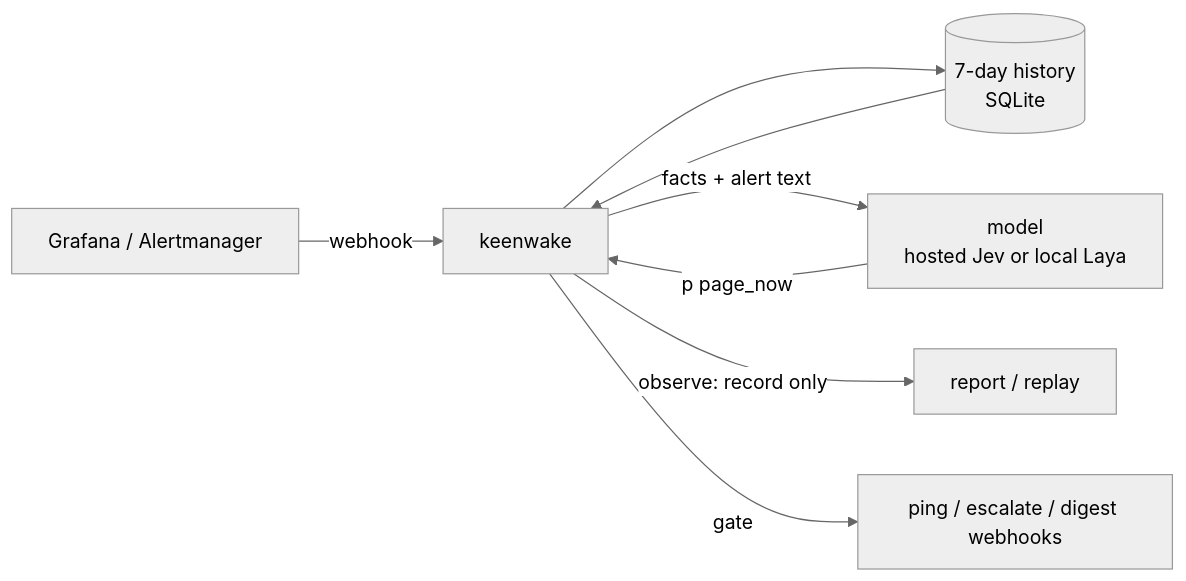
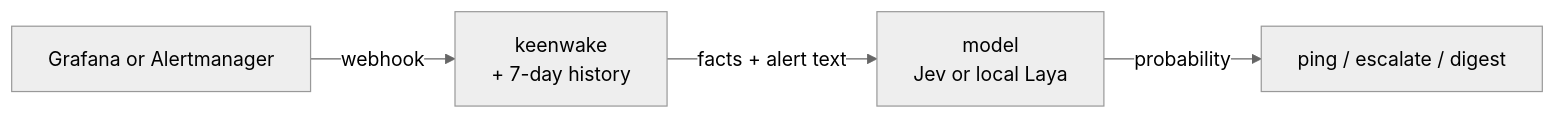
One commit to xyz-haze/keenwake changed the diagram in README.md. Above: the diagram before and after it, drawn with Mermaid (neutral theme). The commit also changed other lines of this file and 2 other files, not shown here.

Commit message:
docs(readme): hero chart from the measured demo, linear diagram, fix digest count

````diff
--- a/README.md
+++ b/README.md
@@ -23,10 +24,6 @@
 ```mermaid
 flowchart LR
-    A[Grafana / Alertmanager] -->|webhook| K[keenwake]
-    K --> H[(7-day history<br/>SQLite)]
-    H --> K
-    K -->|facts + alert text| M[model<br/>hosted Jev or local Laya]
-    M -->|p page_now| K
-    K -->|observe: record only| R[report / replay]
-    K -->|gate| O[ping / escalate / digest webhooks]
+    A[Grafana or Alertmanager] -->|webhook| K[keenwake<br/>+ 7-day history]
+    K -->|facts + alert text| M[model<br/>Jev or local Laya]
+    M -->|probability| D[ping / escalate / digest]
 ```
````
